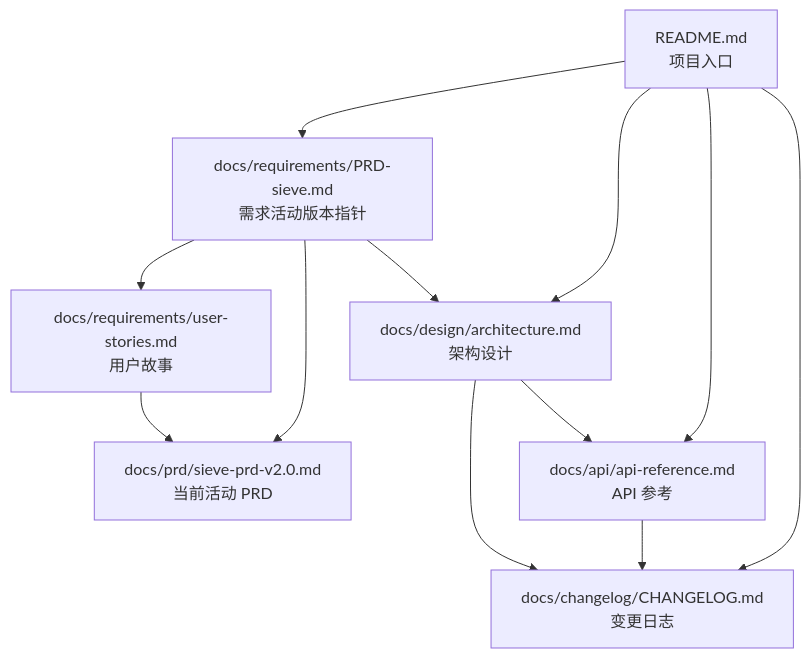
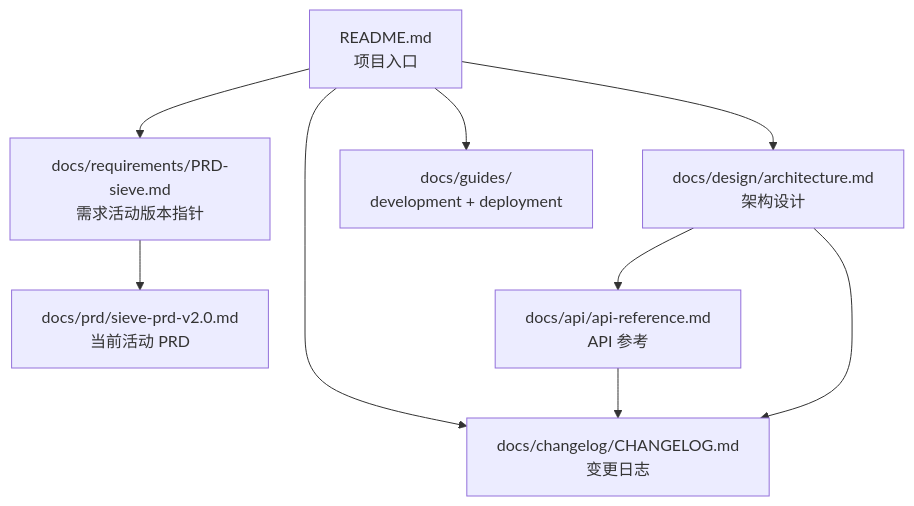
The diagram in README.md (SieveAI-dev/sieve), drawn with Mermaid before and after one commit. The commit also changed other lines of this file and 1 other file, not shown here.

````diff
--- a/README.md
+++ b/README.md
@@ -161,22 +227,19 @@
 ```mermaid
 graph TD
     README[README.md<br/>项目入口]
     REQ[docs/requirements/PRD-sieve.md<br/>需求活动版本指针]
     PRDv20[docs/prd/sieve-prd-v2.0.md<br/>当前活动 PRD]
-    US[docs/requirements/user-stories.md<br/>用户故事]
     DESIGN[docs/design/architecture.md<br/>架构设计]
     API[docs/api/api-reference.md<br/>API 参考]
+    GUIDES[docs/guides/<br/>development + deployment]
     CL[docs/changelog/CHANGELOG.md<br/>变更日志]
 
     README --> REQ
     README --> DESIGN
-    README --> API
+    README --> GUIDES
     README --> CL
     REQ --> PRDv20
-    REQ --> US
-    REQ --> DESIGN
     DESIGN --> API
     API --> CL
     DESIGN --> CL
-    US --> PRDv20
 ```
````
